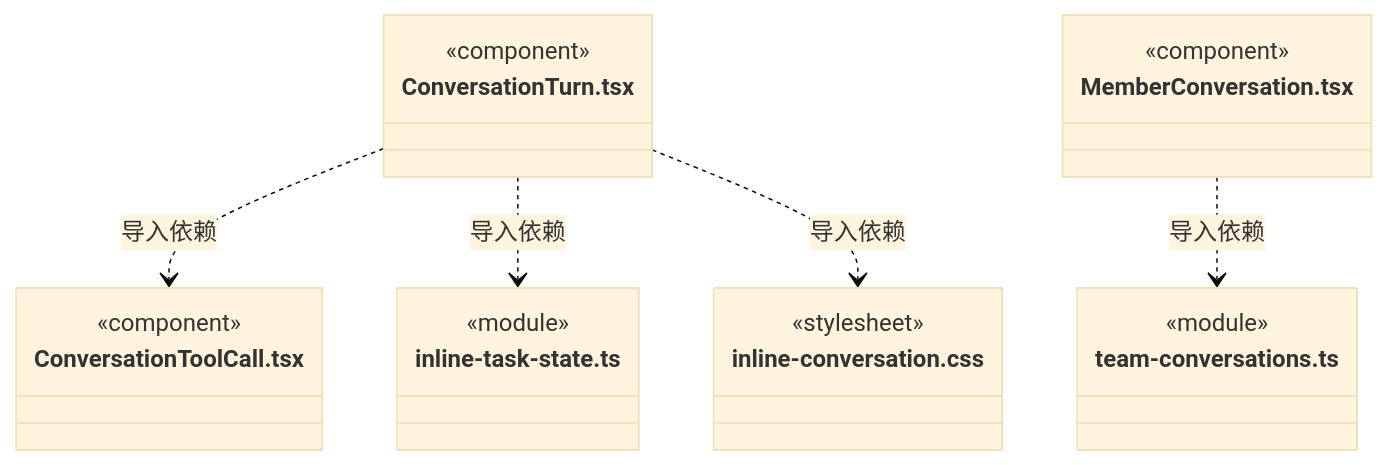
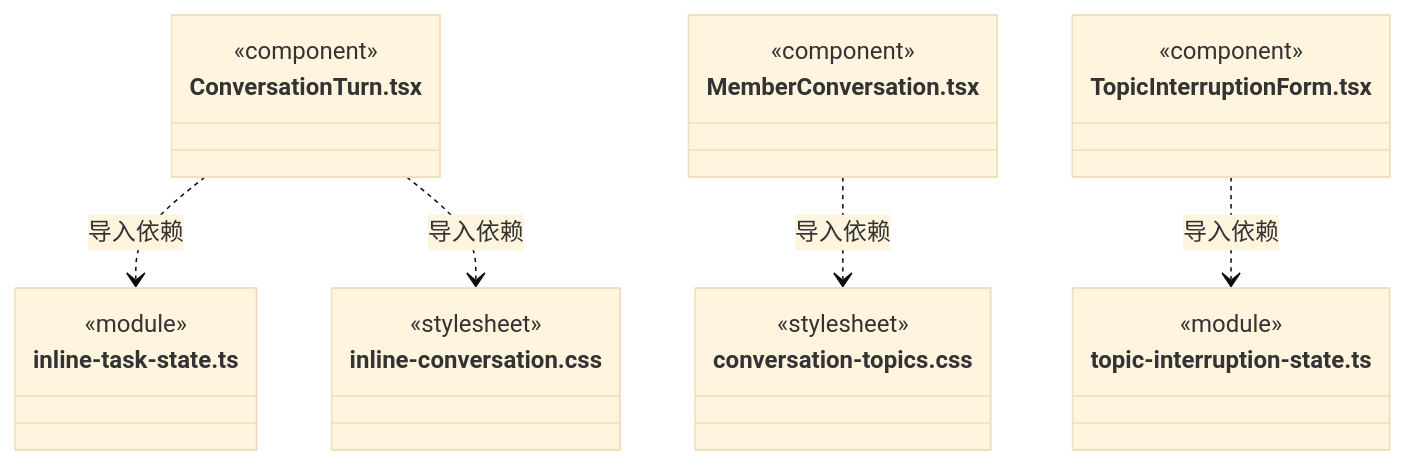
Before and after one commit to nan023062/cbim: diagram 48 of 51 in src/view/conversation/ARCHITECTURE.md, drawn with Mermaid (base theme). The commit also changed other lines of this file and 29 other files, not shown here.

````diff
--- a/src/view/conversation/ARCHITECTURE.md
+++ b/src/view/conversation/ARCHITECTURE.md
@@ -800,25 +770,28 @@
 ```mermaid
 classDiagram
 class N_src_view_conversation_ConversationTurn_tsx["ConversationTurn.tsx"] {
-  <<component>>
-}
-class N_src_view_conversation_ConversationToolCall_tsx["ConversationToolCall.tsx"] {
   <<component>>
 }
 class N_src_view_conversation_inline_task_state_ts["inline-task-state.ts"] {
   <<module>>
 }
 class N_src_view_conversation_inline_conversation_css["inline-conversation.css"] {
   <<stylesheet>>
 }
 class N_src_view_conversation_MemberConversation_tsx["MemberConversation.tsx"] {
   <<component>>
 }
-class N_src_view_conversation_team_conversations_ts["team-conversations.ts"] {
+class N_src_view_conversation_conversation_topics_css["conversation-topics.css"] {
+  <<stylesheet>>
+}
+class N_src_view_conversation_TopicInterruptionForm_tsx["TopicInterruptionForm.tsx"] {
+  <<component>>
+}
+class N_src_view_conversation_topic_interruption_state_ts["topic-interruption-state.ts"] {
   <<module>>
 }
-N_src_view_conversation_ConversationTurn_tsx ..> N_src_view_conversation_ConversationToolCall_tsx : 导入依赖
 N_src_view_conversation_ConversationTurn_tsx ..> N_src_view_conversation_inline_task_state_ts : 导入依赖
 N_src_view_conversation_ConversationTurn_tsx ..> N_src_view_conversation_inline_conversation_css : 导入依赖
-N_src_view_conversation_MemberConversation_tsx ..> N_src_view_conversation_team_conversations_ts : 导入依赖
+N_src_view_conversation_MemberConversation_tsx ..> N_src_view_conversation_conversation_topics_css : 导入依赖
+N_src_view_conversation_TopicInterruptionForm_tsx ..> N_src_view_conversation_topic_interruption_state_ts : 导入依赖
 ```
````
